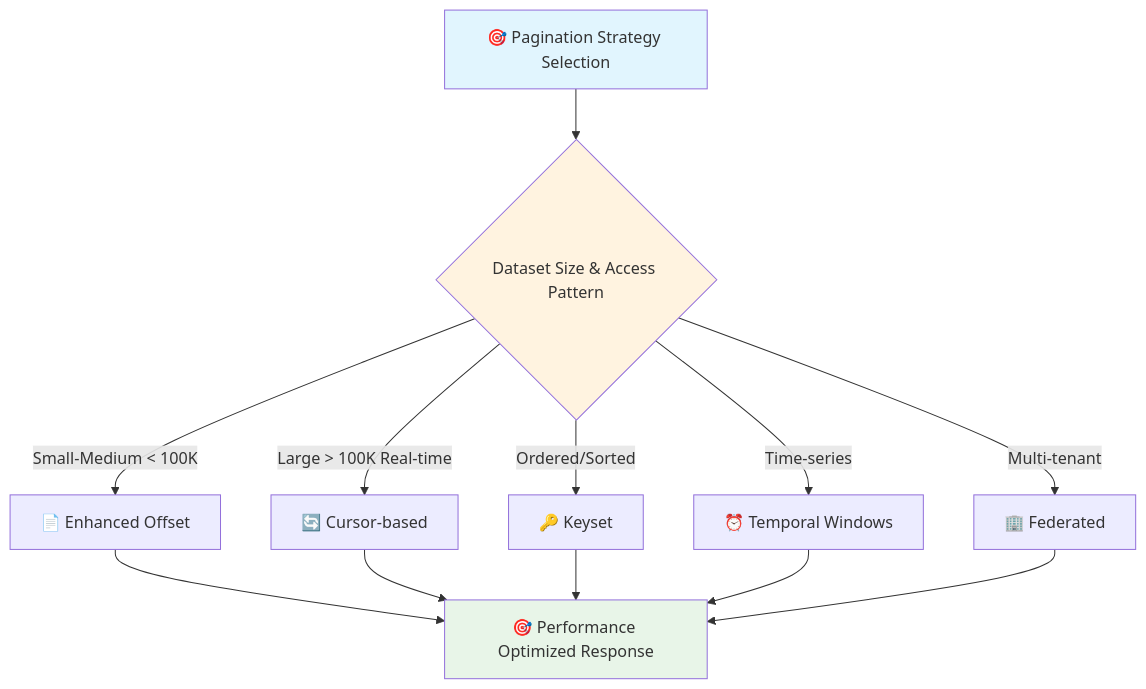
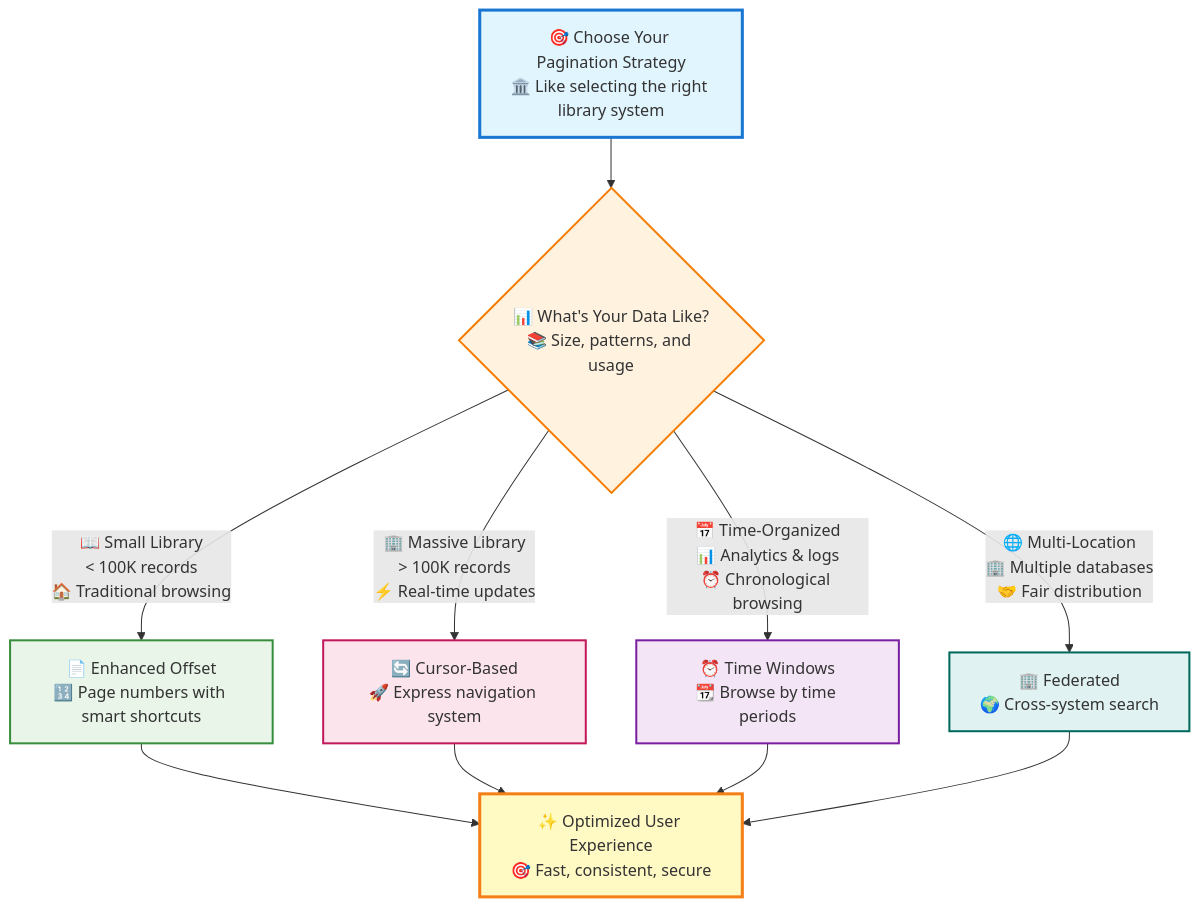
One commit to ridwanspace/restful-fastapi-guideline changed the first of 4 diagrams in app/docs/03_intermediate/02-pagination-strategies/page.mdx. Above: the diagram before and after it, drawn with Mermaid. The commit also changed other lines of this file and 2 other files, not shown here.

First line of the commit message:
📝 docs(docs): enhance pagination strategies documentation

````diff
--- a/app/docs/03_intermediate/02-pagination-strategies/page.mdx
+++ b/app/docs/03_intermediate/02-pagination-strategies/page.mdx
@@ -14,19 +37,23 @@
 ```mermaid
 graph TD
-    A[🎯 Pagination Strategy Selection] --> B{Dataset Size & Access Pattern}
-    B -->|Small-Medium < 100K| C[📄 Enhanced Offset]
-    B -->|Large > 100K Real-time| D[🔄 Cursor-based]
-    B -->|Ordered/Sorted| E[🔑 Keyset]
-    B -->|Time-series| F[⏰ Temporal Windows]
-    B -->|Multi-tenant| G[🏢 Federated]
+    A["🎯 Choose Your Pagination Strategy<br/>🏛️ Like selecting the right library system"] --> B{"📊 What's Your Data Like?<br/>📚 Size, patterns, and usage"}
     
-    C --> H[🎯 Performance Optimized Response]
-    D --> H
-    E --> H  
-    F --> H
-    G --> H
+    B -->|"📖 Small Library<br/>< 100K records<br/>🏠 Traditional browsing"| C["📄 Enhanced Offset<br/>🔢 Page numbers with smart shortcuts"]
+    B -->|"🏢 Massive Library<br/>> 100K records<br/>⚡ Real-time updates"| D["🔄 Cursor-Based<br/>🚀 Express navigation system"]
+    B -->|"📅 Time-Organized<br/>📊 Analytics & logs<br/>⏰ Chronological browsing"| E["⏰ Time Windows<br/>📆 Browse by time periods"]
+    B -->|"🌐 Multi-Location<br/>🏢 Multiple databases<br/>🤝 Fair distribution"| F["🏢 Federated<br/>🌍 Cross-system search"]
     
-    style A fill:#e1f5fe
-    style B fill:#fff3e0
-    style H fill:#e8f5e8
+    C --> G["✨ Optimized User Experience<br/>🎯 Fast, consistent, secure"]
+    D --> G
+    E --> G
+    F --> G
+    
+    %% Enhanced styling with library theme
+    style A fill:#e1f5fe,stroke:#1976d2,stroke-width:3px
+    style B fill:#fff3e0,stroke:#f57c00,stroke-width:2px
+    style C fill:#e8f5e8,stroke:#388e3c,stroke-width:2px
+    style D fill:#fce4ec,stroke:#c2185b,stroke-width:2px
+    style E fill:#f3e5f5,stroke:#7b1fa2,stroke-width:2px
+    style F fill:#e0f2f1,stroke:#00695c,stroke-width:2px
+    style G fill:#fff9c4,stroke:#f57f17,stroke-width:3px
 ```
````
